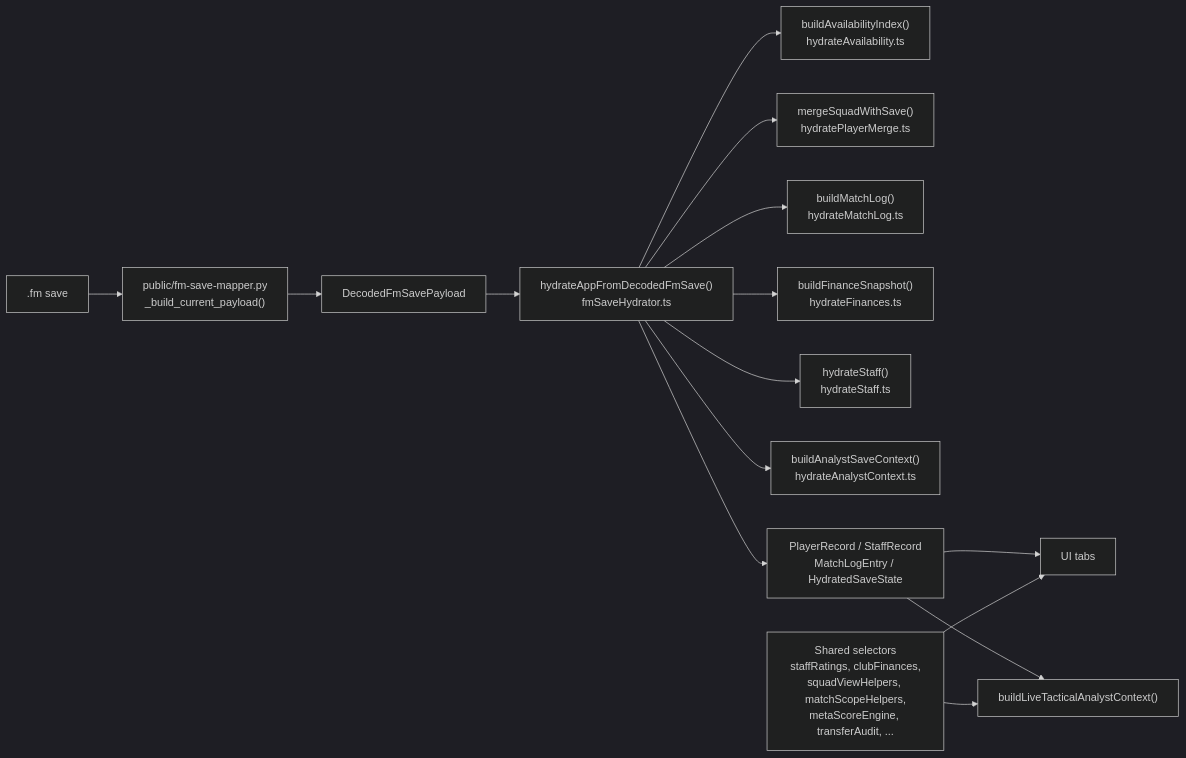
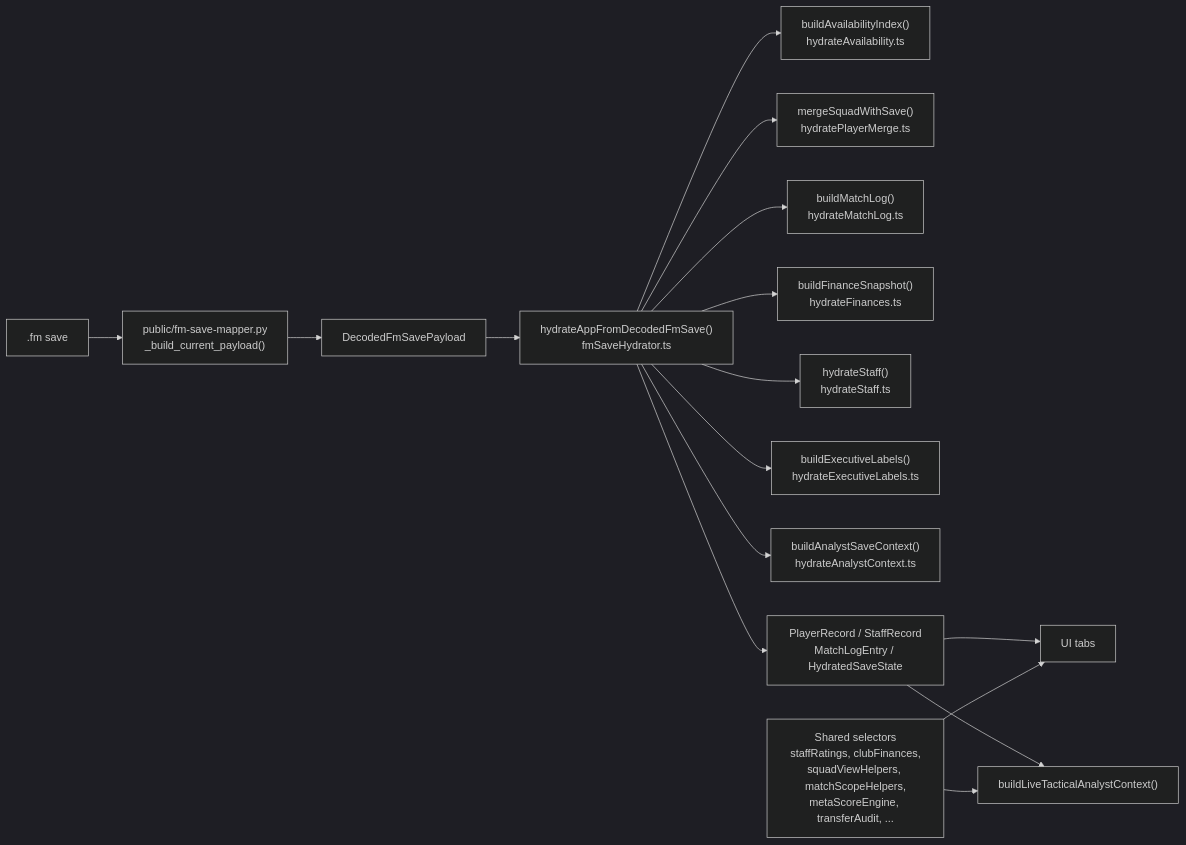
One commit to bd94fd/fm27-command-hub changed the diagram in docs/data-parity-contract-map.md. Above: the diagram before and after it, drawn with Mermaid (dark theme). The commit also changed 5 other files, not shown here.

First line of the commit message:
refactor(R40): move executive strip labels out of the save hydrator (#125)

````diff
--- a/docs/data-parity-contract-map.md
+++ b/docs/data-parity-contract-map.md
@@ -11,17 +11,18 @@
 ```mermaid
 flowchart LR
   A[".fm save"] --> B["public/fm-save-mapper.py<br/>_build_current_payload()"]
   B --> C["DecodedFmSavePayload"]
   C --> D["hydrateAppFromDecodedFmSave()<br/>fmSaveHydrator.ts"]
   D --> D1["buildAvailabilityIndex()<br/>hydrateAvailability.ts"]
   D --> D0["mergeSquadWithSave()<br/>hydratePlayerMerge.ts"]
   D --> D3["buildMatchLog()<br/>hydrateMatchLog.ts"]
   D --> D4["buildFinanceSnapshot()<br/>hydrateFinances.ts"]
   D --> D5["hydrateStaff()<br/>hydrateStaff.ts"]
+  D --> D6["buildExecutiveLabels()<br/>hydrateExecutiveLabels.ts"]
   D --> D2["buildAnalystSaveContext()<br/>hydrateAnalystContext.ts"]
   D --> E["PlayerRecord / StaffRecord<br/>MatchLogEntry / HydratedSaveState"]
   E --> F["UI tabs"]
   E --> G["buildLiveTacticalAnalystContext()"]
   H["Shared selectors<br/>staffRatings, clubFinances,<br/>squadViewHelpers, matchScopeHelpers,<br/>metaScoreEngine, transferAudit, ..."] --> F
   H --> G
 ```
````
